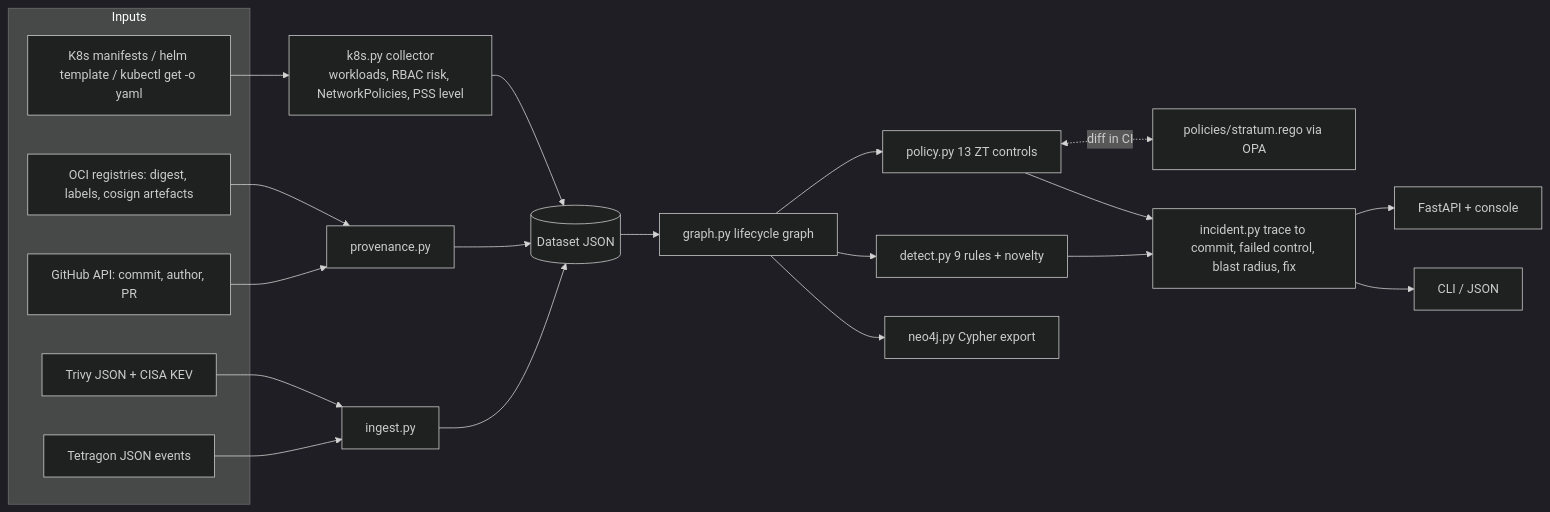
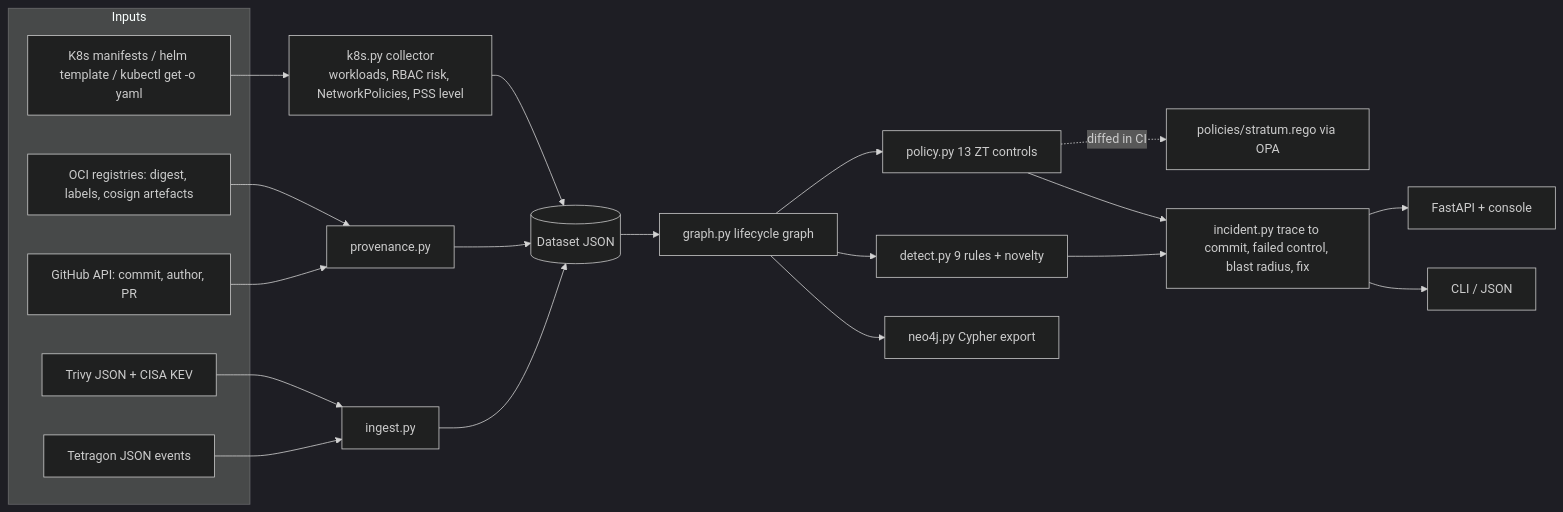
Before and after one commit to rakshit-737/stratum: the diagram in docs/architecture.md, drawn with Mermaid (dark theme). The commit also changed 1 other file, not shown here.

Commit message:
docs: use portable mermaid edge syntax

````diff
--- a/docs/architecture.md
+++ b/docs/architecture.md
@@ -3,27 +3,27 @@
 ```mermaid
 flowchart LR
   subgraph Inputs
     MAN[K8s manifests / helm template / kubectl get -o yaml]
     REG[OCI registries: digest, labels, cosign artefacts]
     GH[GitHub API: commit, author, PR]
     TRV[Trivy JSON + CISA KEV]
     TET[Tetragon JSON events]
   end
   MAN --> K8S[k8s.py collector<br/>workloads, RBAC risk, NetworkPolicies, PSS level]
   REG --> PROV[provenance.py]
   GH --> PROV
   TRV --> ING[ingest.py]
   TET --> ING
   K8S --> DS[(Dataset JSON)]
   PROV --> DS
   ING --> DS
   DS --> G[graph.py lifecycle graph]
   G --> POL[policy.py 13 ZT controls]
-  POL <-. diff in CI .-> REGO[policies/stratum.rego via OPA]
+  POL -. diffed in CI .-> REGO[policies/stratum.rego via OPA]
   G --> DET[detect.py 9 rules + novelty]
   DET --> INC[incident.py trace to commit, failed control, blast radius, fix]
   POL --> INC
   INC --> API[FastAPI + console]
   G --> NEO[neo4j.py Cypher export]
   INC --> CLI[CLI / JSON]
 ```
````
